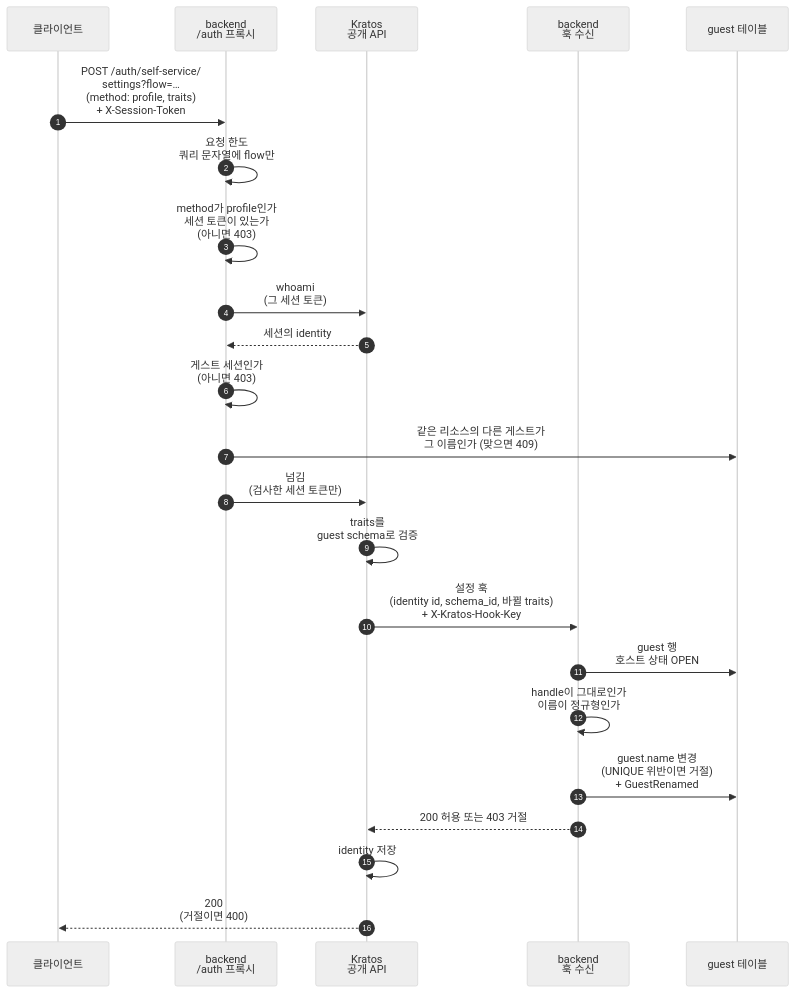
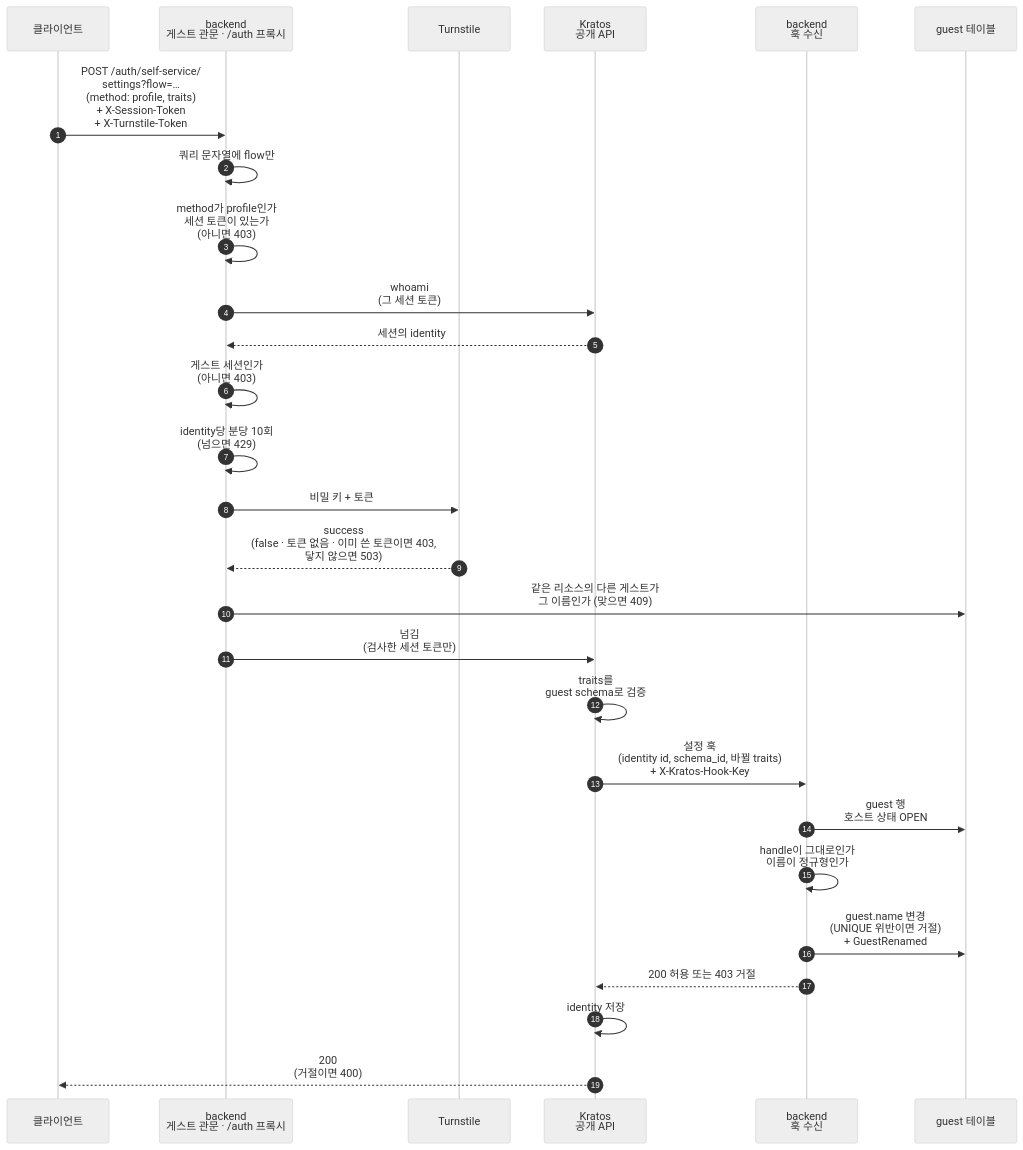
One commit to onprem-hipster-timer/backend changed the ninth of 10 diagrams in docs/guides/guest.ko.md. Above: the diagram before and after it, drawn with Mermaid (neutral theme). The commit also changed other lines of this file and 13 other files, not shown here.

Commit message:
docs(guest): 게스트 단계마다 X-Turnstile-Token을 한 번만 받는 확인을 문서와 CHANGELOG에 반영한다

````diff
--- a/docs/guides/guest.ko.md
+++ b/docs/guides/guest.ko.md
@@ -512,26 +552,30 @@
 ```mermaid
 sequenceDiagram
     autonumber
     participant C as 클라이언트
-    participant P as backend<br/>/auth 프록시
+    participant P as backend<br/>게스트 관문 · /auth 프록시
+    participant T as Turnstile
     participant K as Kratos<br/>공개 API
     participant H as backend<br/>훅 수신
     participant D as guest 테이블
 
-    C->>P: POST /auth/self-service/<br/>settings?flow=…<br/>(method: profile, traits)<br/>+ X-Session-Token
-    P->>P: 요청 한도<br/>쿼리 문자열에 flow만
+    C->>P: POST /auth/self-service/<br/>settings?flow=…<br/>(method: profile, traits)<br/>+ X-Session-Token<br/>+ X-Turnstile-Token
+    P->>P: 쿼리 문자열에 flow만
     P->>P: method가 profile인가<br/>세션 토큰이 있는가<br/>(아니면 403)
     P->>K: whoami<br/>(그 세션 토큰)
     K-->>P: 세션의 identity
     P->>P: 게스트 세션인가<br/>(아니면 403)
+    P->>P: identity당 분당 10회<br/>(넘으면 429)
+    P->>T: 비밀 키 + 토큰
+    T-->>P: success<br/>(false · 토큰 없음 · 이미 쓴 토큰이면 403,<br/>닿지 않으면 503)
     P->>D: 같은 리소스의 다른 게스트가<br/>그 이름인가 (맞으면 409)
     P->>K: 넘김<br/>(검사한 세션 토큰만)
     K->>K: traits를<br/>guest schema로 검증
     K->>H: 설정 훅<br/>(identity id, schema_id, 바뀔 traits)<br/>+ X-Kratos-Hook-Key
     H->>D: guest 행<br/>호스트 상태 OPEN
     H->>H: handle이 그대로인가<br/>이름이 정규형인가
     H->>D: guest.name 변경<br/>(UNIQUE 위반이면 거절)<br/>+ GuestRenamed
     H-->>K: 200 허용 또는 403 거절
     K->>K: identity 저장
     K-->>C: 200<br/>(거절이면 400)
 ```
````
